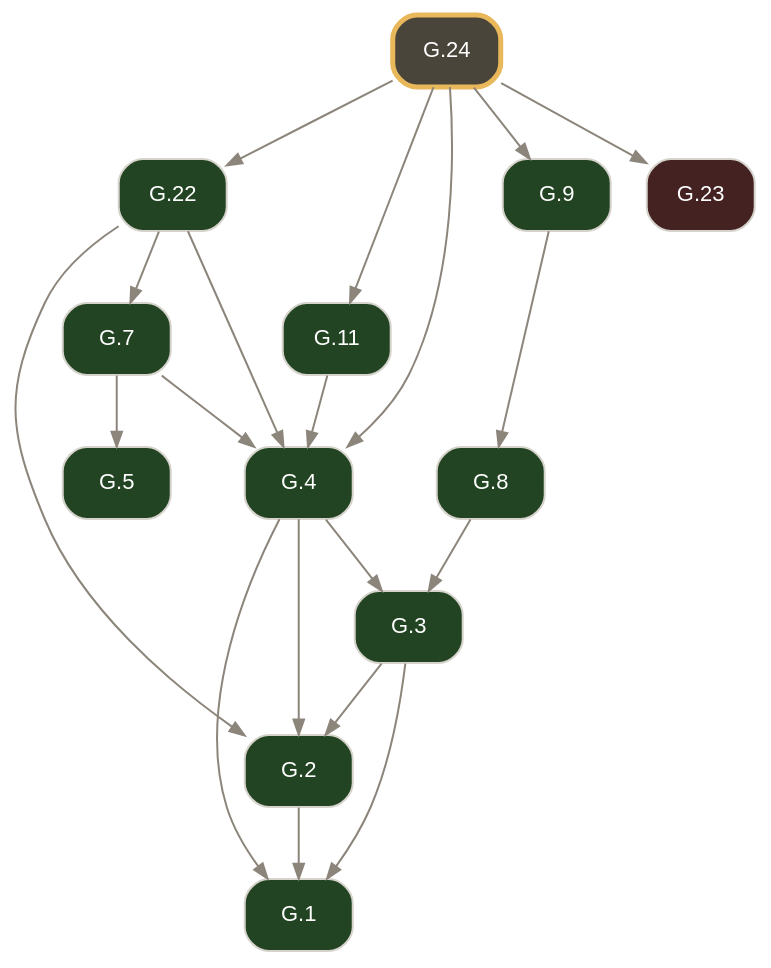
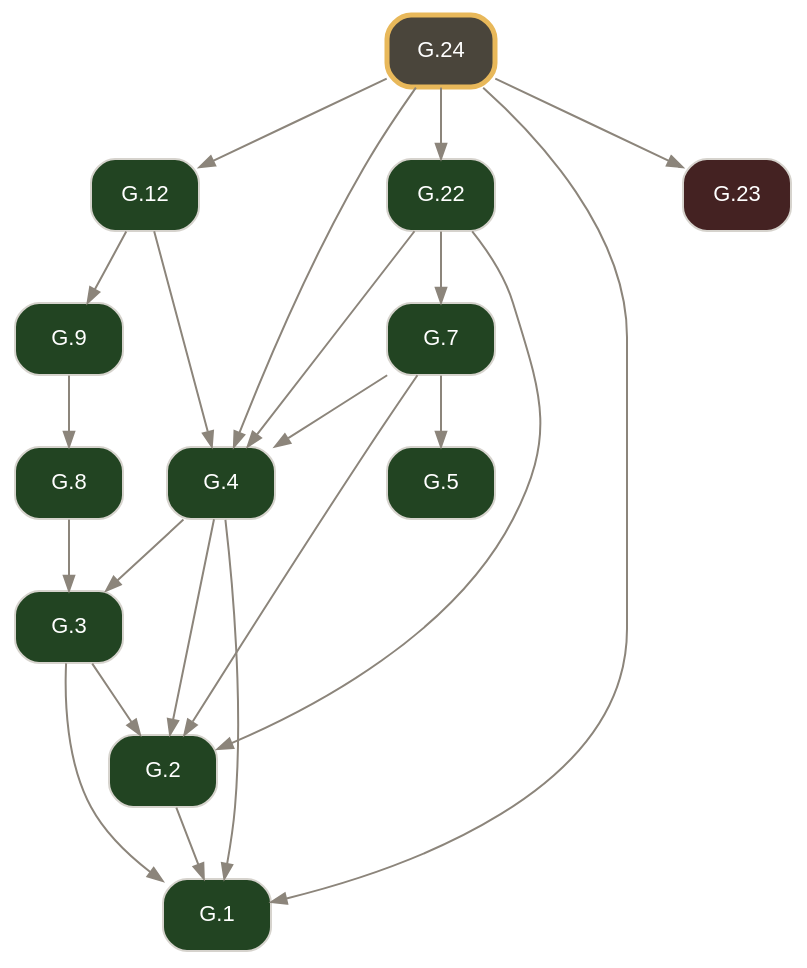
The diagram in docsrc/elements2/G.24/index.rst (geometor/elements), drawn with Graphviz before and after one commit. The commit also changed other lines of this file and 1276 other files, not shown here.

```diff
--- a/docsrc/elements2/G.24/index.rst
+++ b/docsrc/elements2/G.24/index.rst
@@ -88,39 +61,41 @@
 .. graphviz::
 
    digraph {
      bgcolor="transparent";
      node [shape=box, style="rounded,filled", fontname="Helvetica", fontsize=11, color="#d6d3cd", fontcolor="#ffffff"];
      edge [color="#8c857b", fontcolor="#8c857b", arrowsize=0.75];
      rankdir="TB";
      "G.1" [label="G.1", tooltip="G.1 (I.def.1): A point A is that which has no part.", fillcolor="#224422", URL="../G.1/index.html", target="_top"];
      "G.2" [label="G.2", tooltip="G.2 (I.def.2): A line [ A B ] is a projection of a relationship of two points A, B.", fillcolor="#224422", URL="../G.2/index.html", target="_top"];
      "G.3" [label="G.3", tooltip="G.3 (I.def.3): The extremities of a segment / A B / are points A, B.", fillcolor="#224422", URL="../G.3/index.html", target="_top"];
      "G.4" [label="G.4", tooltip="G.4 (I.def.4): A segment / A B / is a portion of a line [ A B ] between two points A, B on the line.", fillcolor="#224422", URL="../G.4/index.html", target="_top"];
      "G.5" [label="G.5", tooltip="G.5 (I.def.5): A surface is that which has length and breadth only.", fillcolor="#224422", URL="../G.5/index.html", target="_top"];
      "G.7" [label="G.7", tooltip="G.7 (I.def.7): A plane surface lies evenly with the lines on itself.", fillcolor="#224422", URL="../G.7/index.html", target="_top"];
      "G.8" [label="G.8", tooltip="G.8 (I.def.13): A boundary is the extremity of anything.", fillcolor="#224422", URL="../G.8/index.html", target="_top"];
      "G.9" [label="G.9", tooltip="G.9 (I.def.14): A figure is that which is contained by any boundary or boundaries.", fillcolor="#224422", URL="../G.9/index.html", target="_top"];
-     "G.11" [label="G.11", tooltip="G.11 (I.def.19): Rectilineal figures are contained by segments: trilateral by three, quadrilateral by four, and multilateral by more than four.", fillcolor="#224422", URL="../G.11/index.html", target="_top"];
+     "G.12" [label="G.12", tooltip="G.12 (I.def.19): Rectilineal figures are contained by segments: trilateral by three, quadrilateral by four, and multilateral by more than four.", fillcolor="#224422", URL="../G.12/index.html", target="_top"];
      "G.22" [label="G.22", tooltip="G.22 (I.def.8): A plane angle is the inclination to one another of two lines or arcs in a plane that meet and do not lie on the same line.", fillcolor="#224422", URL="../G.22/index.html", target="_top"];
      "G.23" [label="G.23", tooltip="G.23 (I.cn.4): Things / A B /, / D E / that coincide with one another are equal to one another.", fillcolor="#442222", URL="../G.23/index.html", target="_top"];
      "G.24" [label="G.24", tooltip="G.24 (I.4): Triangles with two sides and the included angle equal are congruent (SAS).", penwidth=2.5, color="#e8b85a", fillcolor="#4a453b", URL="index.html", target="_top"];
      "G.2" -> "G.1";
      "G.3" -> "G.1";
      "G.4" -> "G.1";
+     "G.24" -> "G.1";
      "G.3" -> "G.2";
      "G.4" -> "G.2";
+     "G.7" -> "G.2";
      "G.22" -> "G.2";
      "G.4" -> "G.3";
      "G.8" -> "G.3";
      "G.7" -> "G.4";
-     "G.11" -> "G.4";
+     "G.12" -> "G.4";
      "G.22" -> "G.4";
      "G.24" -> "G.4";
      "G.7" -> "G.5";
      "G.22" -> "G.7";
      "G.9" -> "G.8";
-     "G.24" -> "G.9";
-     "G.24" -> "G.11";
+     "G.12" -> "G.9";
+     "G.24" -> "G.12";
      "G.24" -> "G.22";
      "G.24" -> "G.23";
    }
```
